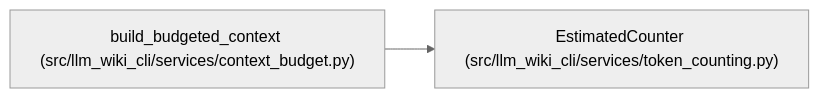
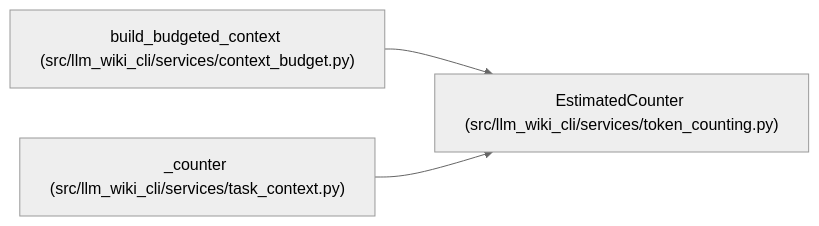
One commit to Denissvgn/python-wiki-llm changed the diagram in docs/llm_wiki/entities/EstimatedCounter.md. Above: the diagram before and after it, drawn with Mermaid (neutral theme). The commit also changed other lines of this file and 865 other files, not shown here.

````diff
--- a/docs/llm_wiki/entities/EstimatedCounter.md
+++ b/docs/llm_wiki/entities/EstimatedCounter.md
@@ -25,8 +25,11 @@
 ```mermaid
 flowchart LR
     n0["EstimatedCounter (src/llm_wiki_cli/services/token_counting.py)"]
     n1["build_budgeted_context (src/llm_wiki_cli/services/context_budget.py)"]
+    n2["_counter (src/llm_wiki_cli/services/task_context.py)"]
     n1 --> n0
+    n2 --> n0
     click n0 "../modules/token_counting.md"
     click n1 "../modules/context_budget.md"
+    click n2 "../modules/task_context.md"
 ```
````
